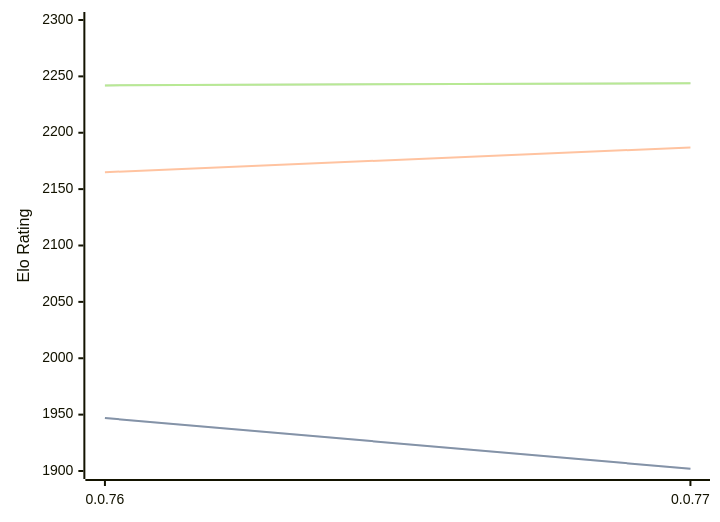
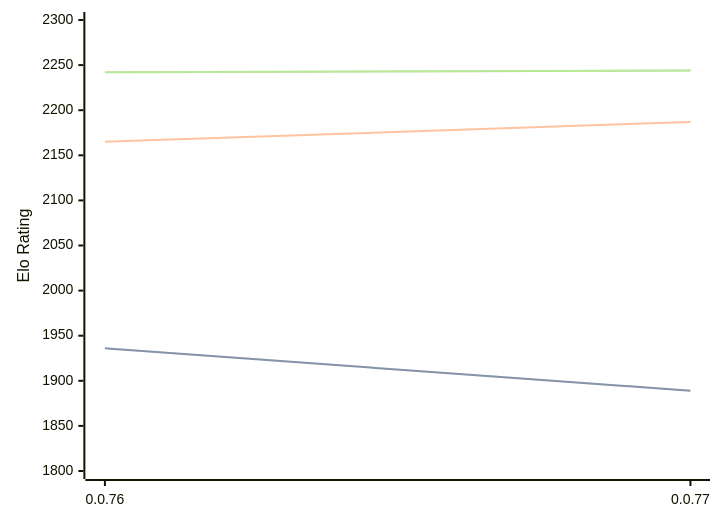
The diagram in engines/Fktb.md (computer-chess-index/cci), drawn with Mermaid before and after one commit. The commit also changed other lines of this file, not shown here.

Commit message:
Update CCI Ratings (ELO VLTC) - 2026-03-19

````diff
--- a/engines/Fktb.md
+++ b/engines/Fktb.md
@@ -30,11 +32,11 @@
 ```mermaid
 %%{init: {"theme":"base","themeVariables":{"seriesColors:['#a3a3a3','#222221','#faa371']}}}%%
 xychart-beta
   x-axis ["0.0.76", "0.0.77"]
-  y-axis "Elo Rating" 1900 --> 2300
-  line "STC (8.0+0.08s)" [1947, 1902]
-  line "STC (8.0+0.08s)" [1947, 1902]
+  y-axis "Elo Rating" 1800 --> 2300
+  line "STC (8.0+0.08s)" [1936, 1889]
+  line "STC (8.0+0.08s)" [1936, 1889]
   line "LTC (60.0+0.60s)" [2165, 2187]
   line "VLTC (2m24s+1.12s)" [2242, 2244]
   line "VLTC (2m24s+1.12s)" [2242, 2244]
 ```
````
